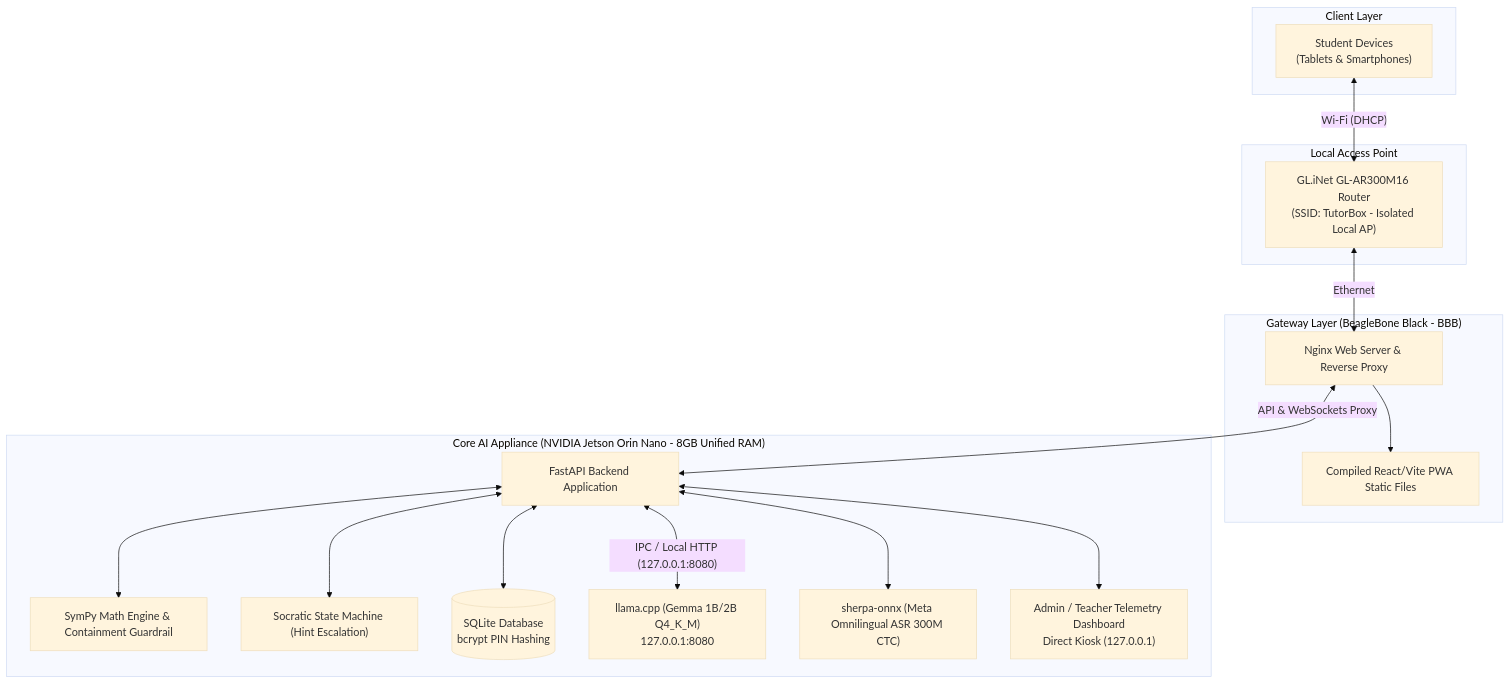
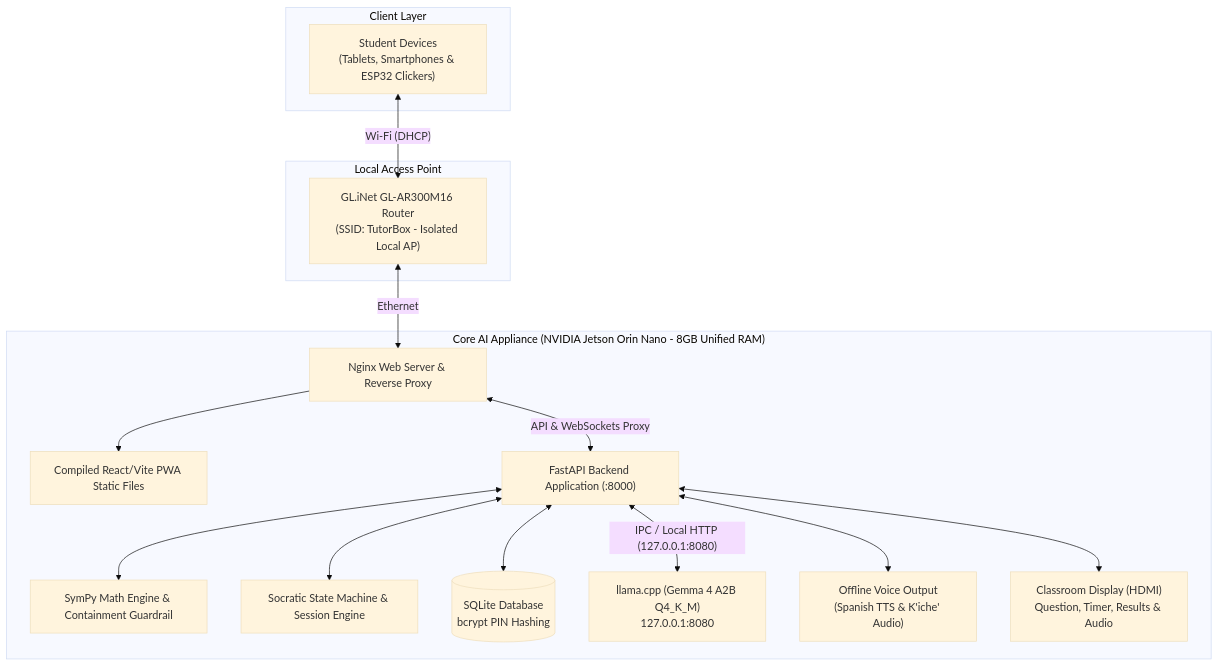
One commit to GabGP/TutorBox changed the diagram in README.md. Above: the diagram before and after it, drawn with Mermaid (base theme). The commit also changed other lines of this file and 10 other files, not shown here.

Commit message:
docs: update 10-week roadmap, 3 appliance modes, and architecture specifications

````diff
--- a/README.md
+++ b/README.md
@@ -33,37 +33,34 @@
 ```mermaid
 graph TD
     subgraph AP ["Local Access Point"]
         Router["GL.iNet GL-AR300M16 Router<br/>(SSID: TutorBox - Isolated Local AP)"]
     end
 
     subgraph Clients ["Client Layer"]
-        Students["Student Devices<br/>(Tablets & Smartphones)"]
-    end
-
-    subgraph Gateway ["Gateway Layer (BeagleBone Black - BBB)"]
-        Nginx["Nginx Web Server & Reverse Proxy"]
-        PWA["Compiled React/Vite PWA Static Files"]
+        Students["Student Devices<br/>(Tablets, Smartphones & ESP32 Clickers)"]
     end
 
     subgraph Core ["Core AI Appliance (NVIDIA Jetson Orin Nano - 8GB Unified RAM)"]
-        FastAPI["FastAPI Backend Application"]
+        Nginx["Nginx Web Server & Reverse Proxy"]
+        PWA["Compiled React/Vite PWA Static Files"]
+        FastAPI["FastAPI Backend Application (:8000)"]
         SymPy["SymPy Math Engine & Containment Guardrail"]
-        Pedagogy["Socratic State Machine (Hint Escalation)"]
+        Pedagogy["Socratic State Machine & Session Engine"]
         SQLite[("SQLite Database<br/>bcrypt PIN Hashing")]
-        LLM["llama.cpp (Gemma 1B/2B Q4_K_M)<br/>127.0.0.1:8080"]
-        ASR["sherpa-onnx (Meta Omnilingual ASR 300M CTC)"]
-        Kiosk["Admin / Teacher Telemetry Dashboard<br/>Direct Kiosk (127.0.0.1)"]
+        LLM["llama.cpp (Gemma 4 A2B Q4_K_M)<br/>127.0.0.1:8080"]
+        TTS["Offline Voice Output<br/>(Spanish TTS & K'iche' Audio)"]
+        HDMI["Classroom Display (HDMI)<br/>Question, Timer, Results & Audio"]
     end
 
     Students <-->|"Wi-Fi (DHCP)"| Router
     Router <-->|"Ethernet"| Nginx
     Nginx --> PWA
     Nginx <-->|"API & WebSockets Proxy"| FastAPI
 
     FastAPI <--> SymPy
     FastAPI <--> Pedagogy
     FastAPI <--> SQLite
     FastAPI <-->|"IPC / Local HTTP (127.0.0.1:8080)"| LLM
-    FastAPI <--> ASR
-    FastAPI <--> Kiosk
+    FastAPI <--> TTS
+    FastAPI <--> HDMI
 ```
````
